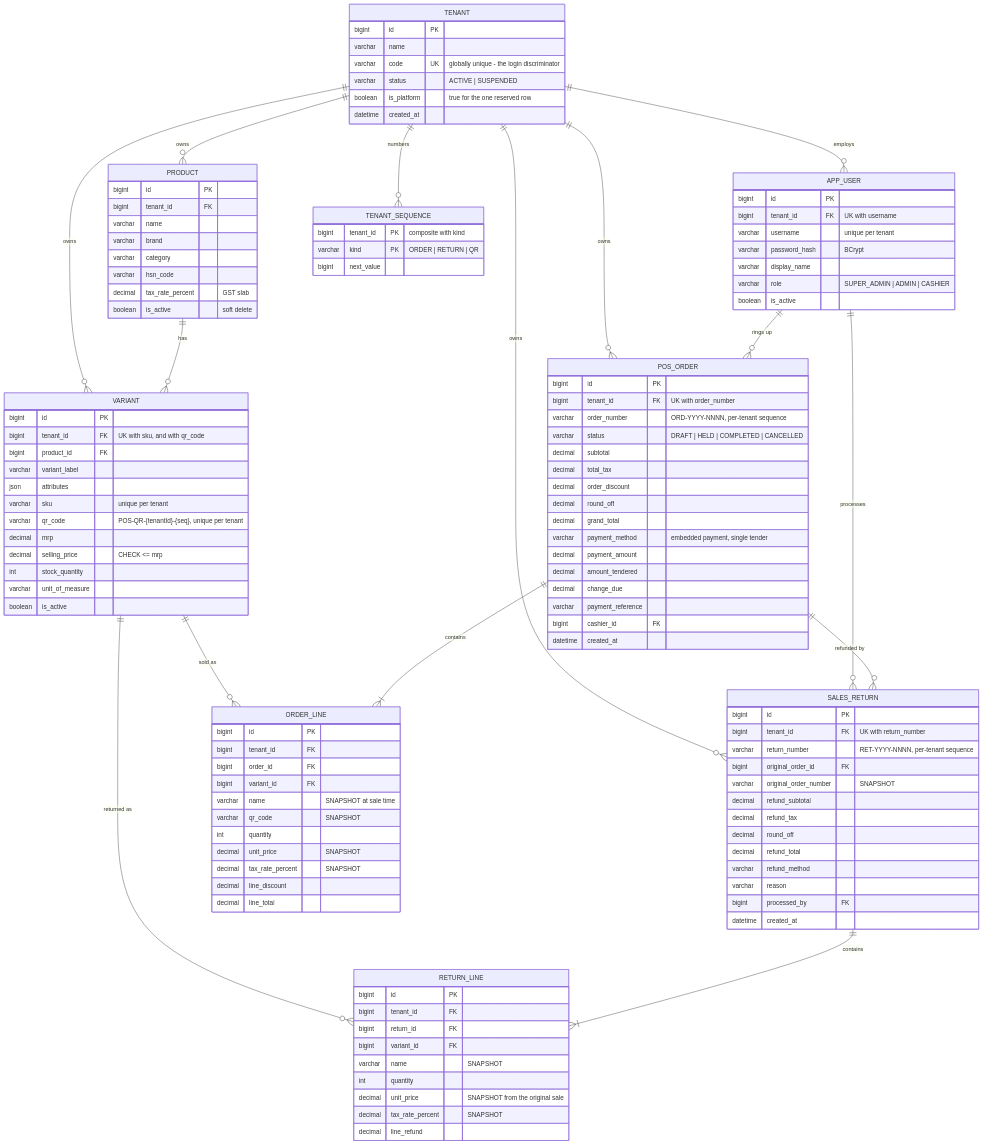
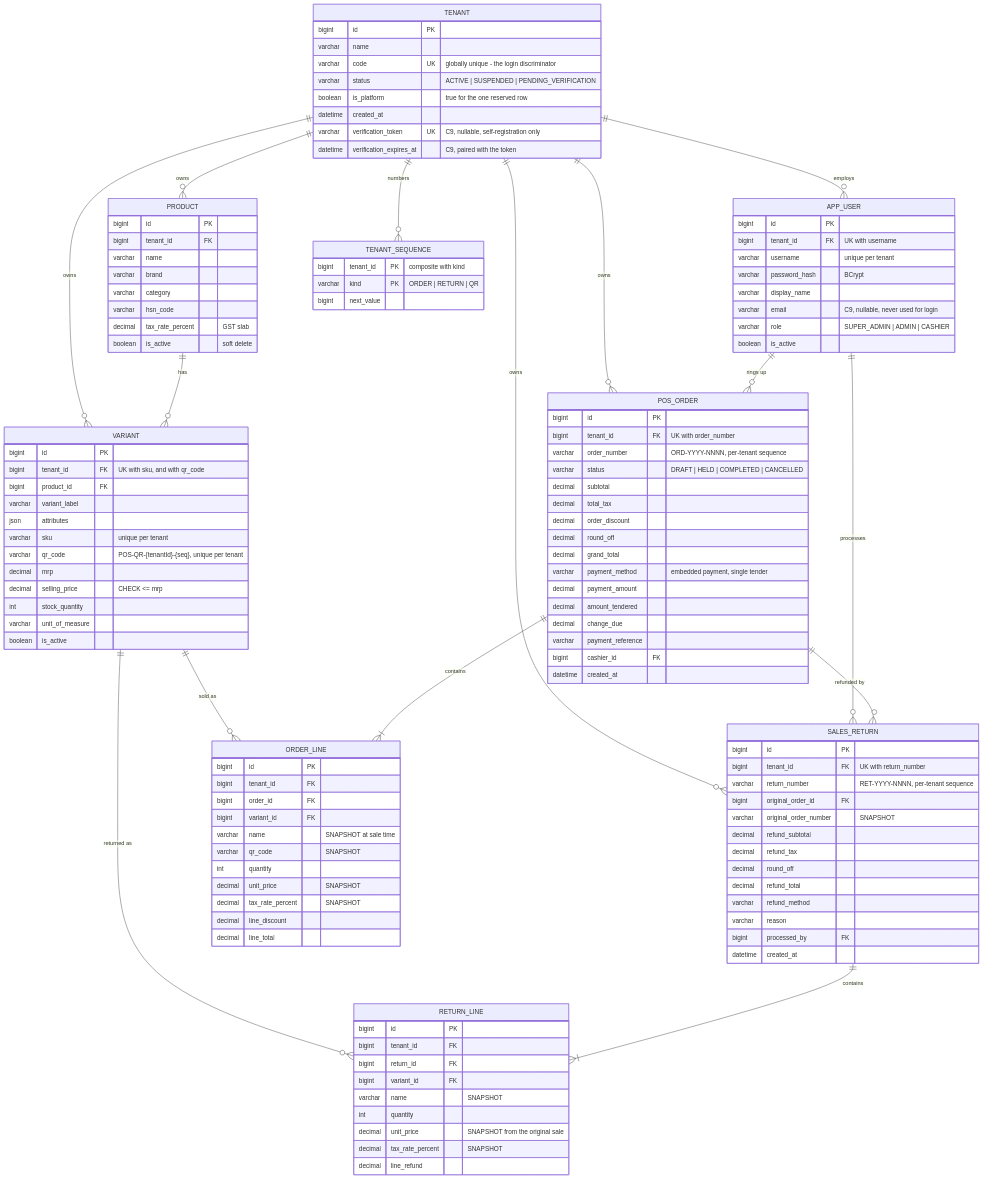
One commit to mitul-garg/pos-backend changed the diagram in prompts/database/er-diagram.md. Above: the diagram before and after it, drawn with Mermaid. The commit also changed 8 other files, not shown here.

First line of the commit message:
C9(a): PENDING_VERIFICATION status, Tenant verification token/expiry, AppUser.email

```diff
--- a/prompts/database/er-diagram.md
+++ b/prompts/database/er-diagram.md
@@ -32,9 +32,11 @@
         bigint id PK
         varchar name
         varchar code UK "globally unique - the login discriminator"
-        varchar status "ACTIVE | SUSPENDED"
+        varchar status "ACTIVE | SUSPENDED | PENDING_VERIFICATION"
         boolean is_platform "true for the one reserved row"
         datetime created_at
+        varchar verification_token UK "C9, nullable, self-registration only"
+        datetime verification_expires_at "C9, paired with the token"
     }
 
     APP_USER {
@@ -43,6 +45,7 @@
         varchar username "unique per tenant"
         varchar password_hash "BCrypt"
         varchar display_name
+        varchar email "C9, nullable, never used for login"
         varchar role "SUPER_ADMIN | ADMIN | CASHIER"
         boolean is_active
     }
```
